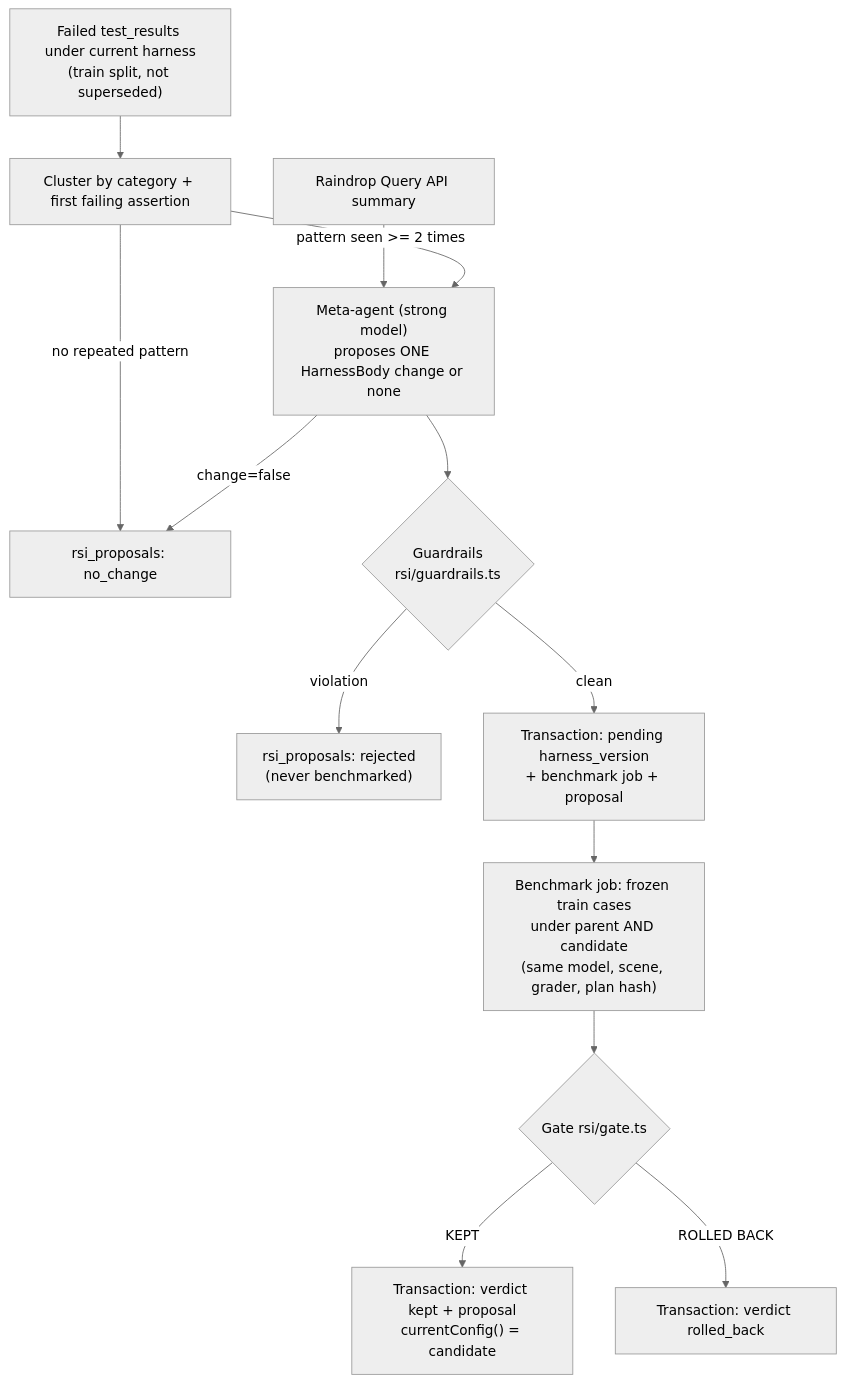
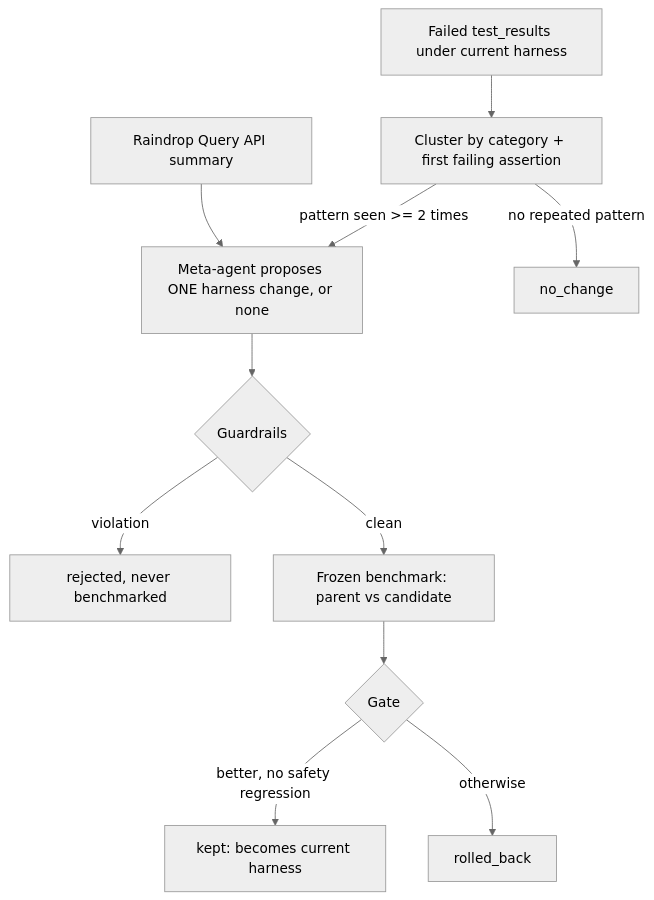
One commit to zubair480/MongoMation changed the fifth of 5 diagrams in README.md. Above: the diagram before and after it, drawn with Mermaid (neutral theme). The commit also changed other lines of this file and 15 other files, not shown here.

````diff
--- a/README.md
+++ b/README.md
@@ -542,15 +582,13 @@
 ```mermaid
 flowchart TD
-  F["Failed test_results under current harness<br/>(train split, not superseded)"] --> CL["Cluster by category + first failing assertion"]
+  F["Failed test_results under current harness"] --> CL["Cluster by category + first failing assertion"]
   RD["Raindrop Query API summary"] --> M
-  CL -->|"pattern seen >= 2 times"| M["Meta-agent (strong model)<br/>proposes ONE HarnessBody change or none"]
-  CL -->|"no repeated pattern"| NC["rsi_proposals: no_change"]
-  M -->|change=false| NC
-  M --> G1{"Guardrails<br/>rsi/guardrails.ts"}
-  G1 -->|violation| RJ["rsi_proposals: rejected<br/>(never benchmarked)"]
-  G1 -->|clean| TX["Transaction: pending harness_version<br/>+ benchmark job + proposal"]
-  TX --> B["Benchmark job: frozen train cases<br/>under parent AND candidate<br/>(same model, scene, grader, plan hash)"]
-  B --> GATE{"Gate rsi/gate.ts"}
-  GATE -->|KEPT| K["Transaction: verdict kept + proposal<br/>currentConfig() = candidate"]
-  GATE -->|ROLLED BACK| R["Transaction: verdict rolled_back"]
+  CL -->|"pattern seen >= 2 times"| M["Meta-agent proposes ONE harness change, or none"]
+  CL -->|"no repeated pattern"| NC["no_change"]
+  M --> G1{"Guardrails"}
+  G1 -->|violation| RJ["rejected, never benchmarked"]
+  G1 -->|clean| B["Frozen benchmark: parent vs candidate"]
+  B --> GATE{"Gate"}
+  GATE -->|better, no safety regression| K["kept: becomes current harness"]
+  GATE -->|otherwise| R["rolled_back"]
 ```
````
